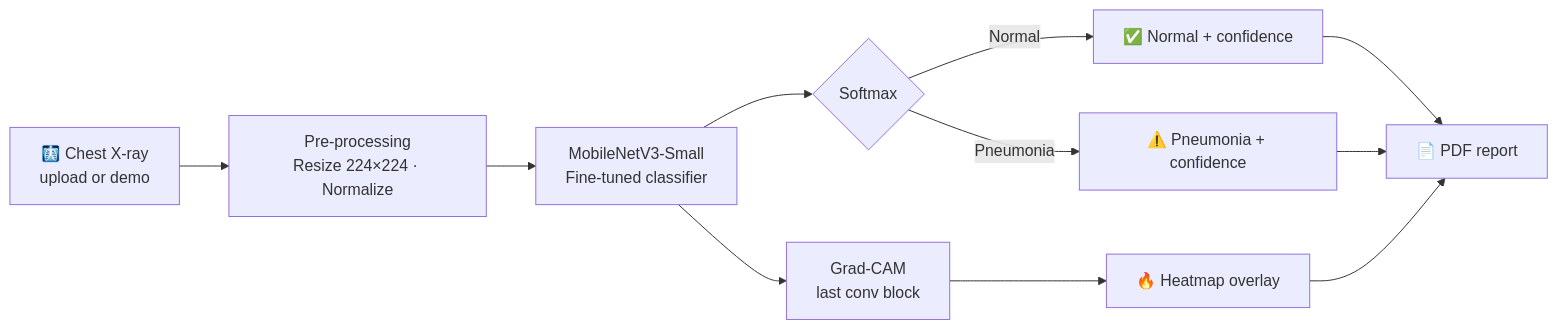
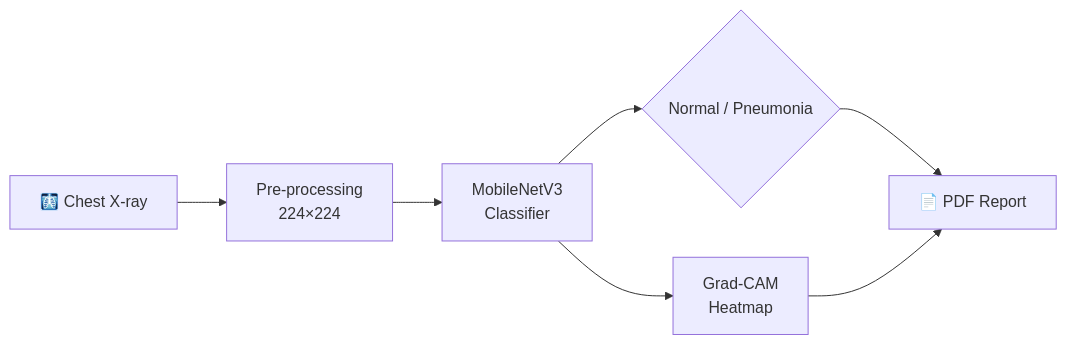
One commit to Shahad58/PneumoScanAI changed the diagram in README.md. Above: the diagram before and after it, drawn with Mermaid. The commit also changed other lines of this file, not shown here.

````diff
--- a/README.md
+++ b/README.md
@@ -130,13 +74,9 @@
 ```mermaid
 flowchart LR
-    A[🩻 Chest X-ray<br/>upload or demo] --> B[Pre-processing<br/>Resize 224×224 · Normalize]
-    B --> C[MobileNetV3-Small<br/>Fine-tuned classifier]
-    C --> D{Softmax}
-    D -->|Normal| E[✅ Normal + confidence]
-    D -->|Pneumonia| F[⚠️ Pneumonia + confidence]
-    C --> G[Grad-CAM<br/>last conv block]
-    G --> H[🔥 Heatmap overlay]
-    E --> I[📄 PDF report]
-    F --> I
-    H --> I
+    A[🩻 Chest X-ray] --> B[Pre-processing<br/>224×224]
+    B --> C[MobileNetV3<br/>Classifier]
+    C --> D{Normal / Pneumonia}
+    C --> G[Grad-CAM<br/>Heatmap]
+    D --> I[📄 PDF Report]
+    G --> I
 ```
````
